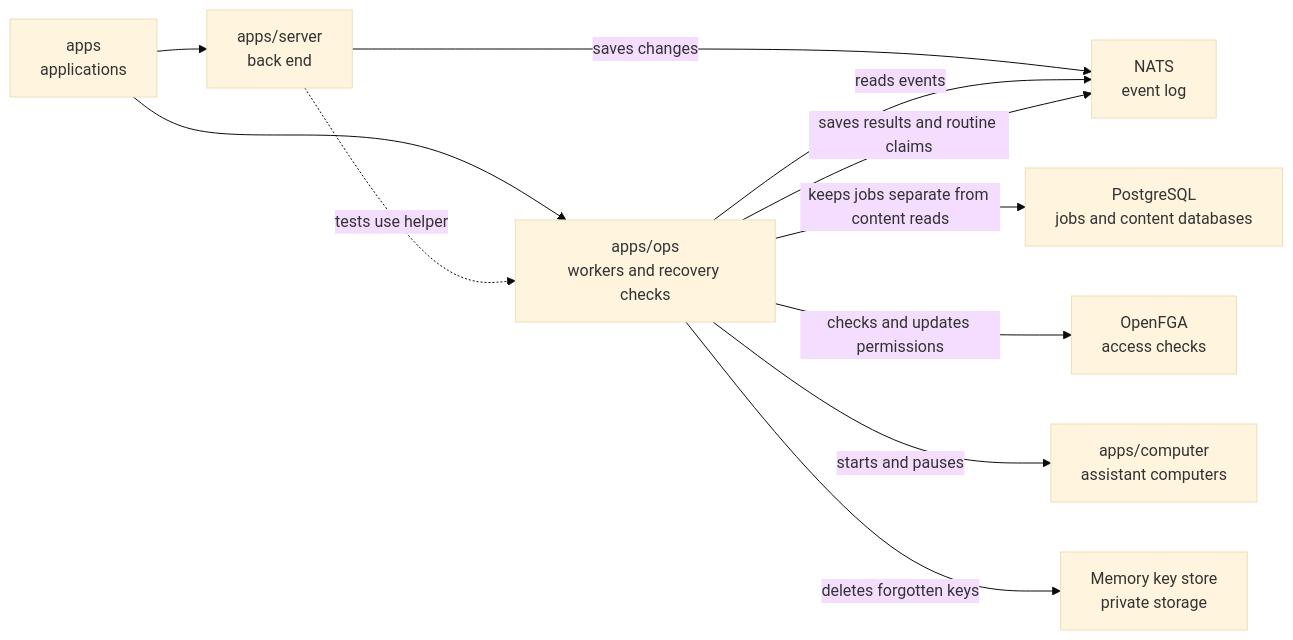
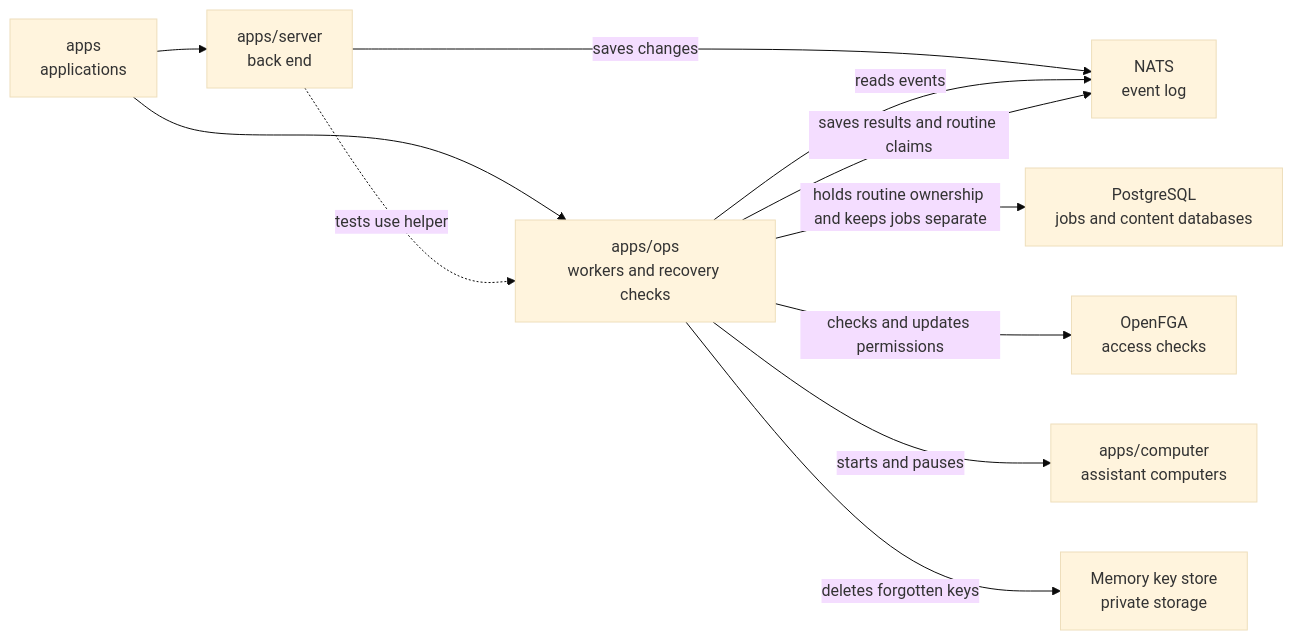
One commit to elewa-git/opencrane-new changed the diagram in apps/ops/README.md. Above: the diagram before and after it, drawn with Mermaid (base theme). The commit also changed other lines of this file and 5 other files, not shown here.

````diff
--- a/apps/ops/README.md
+++ b/apps/ops/README.md
@@ -17,13 +17,13 @@
 ```mermaid
 flowchart LR
   apps["apps<br/>applications"] --> ops["apps/ops<br/>workers and recovery checks"]
   apps --> server["apps/server<br/>back end"]
   server -.->|tests use helper| ops
   server -->|saves changes| nats["NATS<br/>event log"]
   ops -->|reads events| nats
   ops -->|saves results and routine claims| nats
-  ops -->|keeps jobs separate from content reads| pg["PostgreSQL<br/>jobs and content databases"]
+  ops -->|holds routine ownership and keeps jobs separate| pg["PostgreSQL<br/>jobs and content databases"]
   ops -->|checks and updates permissions| fga["OpenFGA<br/>access checks"]
   ops -->|starts and pauses| computer["apps/computer<br/>assistant computers"]
   ops -->|deletes forgotten keys| keys["Memory key store<br/>private storage"]
 ```
````
